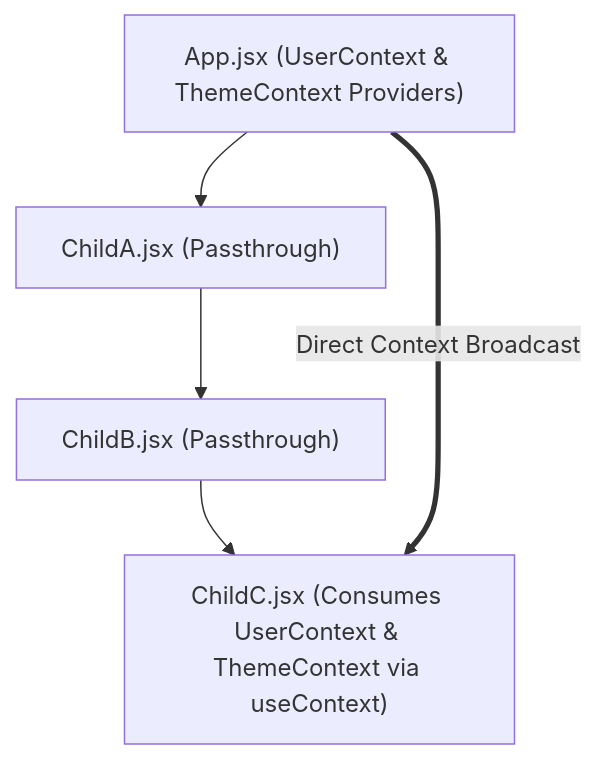
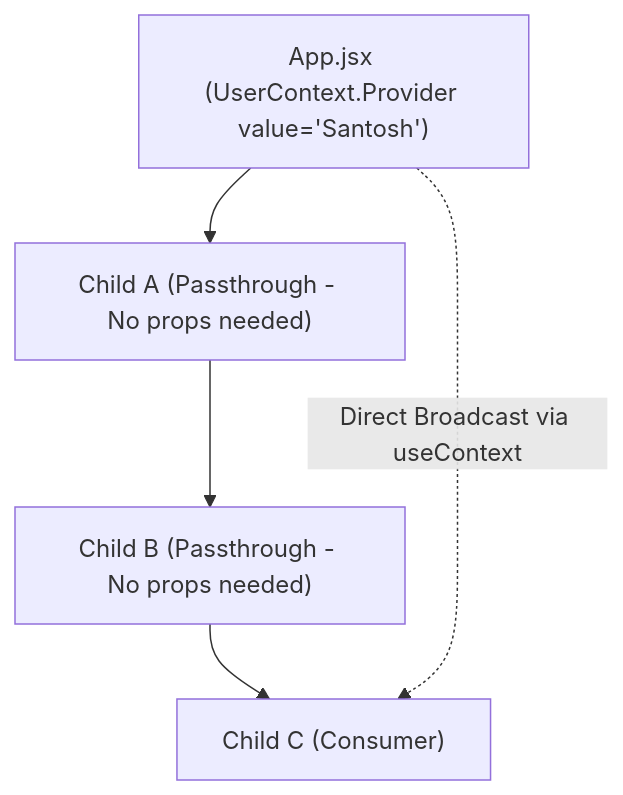
One commit to spant671-ux/React2 changed the ninth of 11 diagrams in notes.md. Above: the diagram before and after it, drawn with Mermaid. The commit also changed other lines of this file and 1 other file, not shown here.

````diff
--- a/notes.md
+++ b/notes.md
@@ -631,12 +427,10 @@
 ```mermaid
 graph TD
-    App["App.jsx (UserContext & ThemeContext Providers)"]
-    ChildA["ChildA.jsx (Passthrough)"]
-    ChildB["ChildB.jsx (Passthrough)"]
-    ChildC["ChildC.jsx (Consumes UserContext & ThemeContext via useContext)"]
+    App["App.jsx (UserContext.Provider value='Santosh')"]
+    ChildA["Child A (Passthrough - No props needed)"]
+    ChildB["Child B (Passthrough - No props needed)"]
+    ChildC["Child C (Consumer)"]
 
-    App --> ChildA
-    ChildA --> ChildB
-    ChildB --> ChildC
-    App == Direct Context Broadcast ==> ChildC
+    App --> ChildA --> ChildB --> ChildC
+    App -.->|Direct Broadcast via useContext| ChildC
 ```
````
